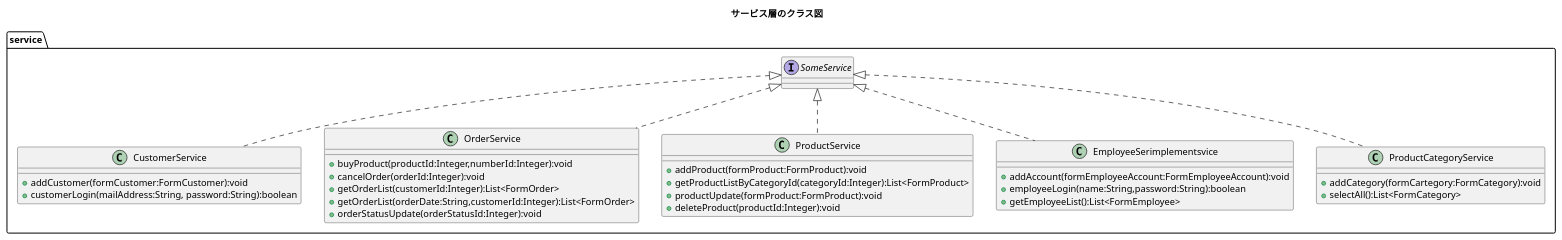
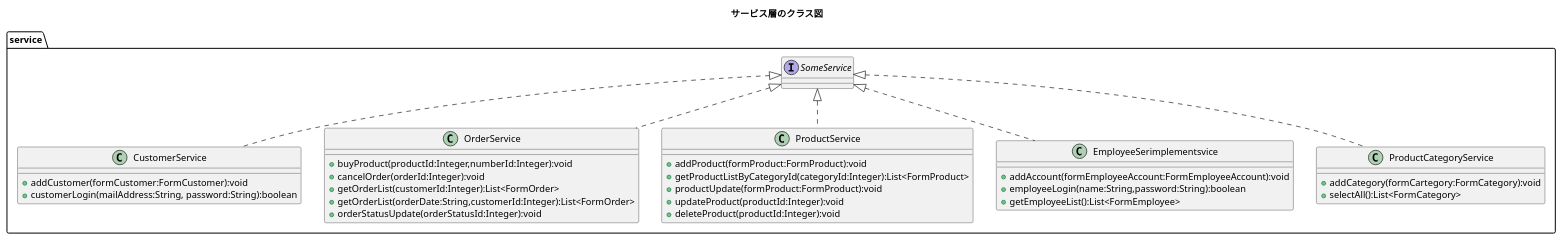
Before and after one commit to kanavii3333/ec-b: the diagram in plan/uml/class/service.plantuml, drawn with PlantUML.

Commit message:
ProductServiceにupdateでレコードを取ってくるためのメソッド追加

```diff
--- a/plan/uml/class/service.plantuml
+++ b/plan/uml/class/service.plantuml
@@ -1,39 +1,40 @@
 @startuml
 title サービス層のクラス図
 package service{
 	class CustomerService implements SomeService{
 		+ addCustomer(formCustomer:FormCustomer):void
 		+ customerLogin(mailAddress:String, password:String):boolean
 	}
 	
 	class OrderService implements SomeService{
 		+ buyProduct(productId:Integer,numberId:Integer):void
 		+ cancelOrder(orderId:Integer):void
 		+ getOrderList(customerId:Integer):List<FormOrder>
 		+ getOrderList(orderDate:String,customerId:Integer):List<FormOrder>
 		+ orderStatusUpdate(orderStatusId:Integer):void
 	}
 	
 	class ProductService implements SomeService{
 		+ addProduct(formProduct:FormProduct):void
 		+ getProductListByCategoryId(categoryId:Integer):List<FormProduct>
 		+ productUpdate(formProduct:FormProduct):void
+		+ updateProduct(productId:Integer):void
 		+ deleteProduct(productId:Integer):void
 	}
 
 
 	class EmployeeSerimplementsvice implements SomeService{
 		+ addAccount(formEmployeeAccount:FormEmployeeAccount):void
 		+ employeeLogin(name:String,password:String):boolean
 		+ getEmployeeList():List<FormEmployee>
 	}
 	
 	class ProductCategoryService implements SomeService{
 		+ addCategory(formCartegory:FormCategory):void
 		+ selectAll():List<FormCategory>
 	}	
 }
 
 
 
 @enduml
```
